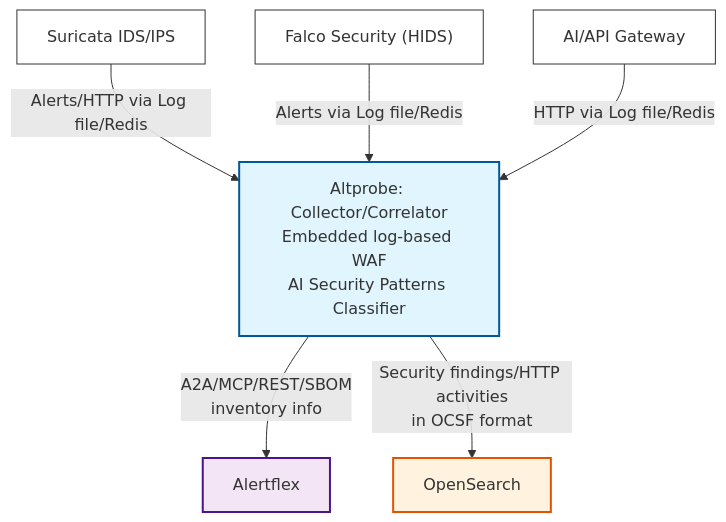
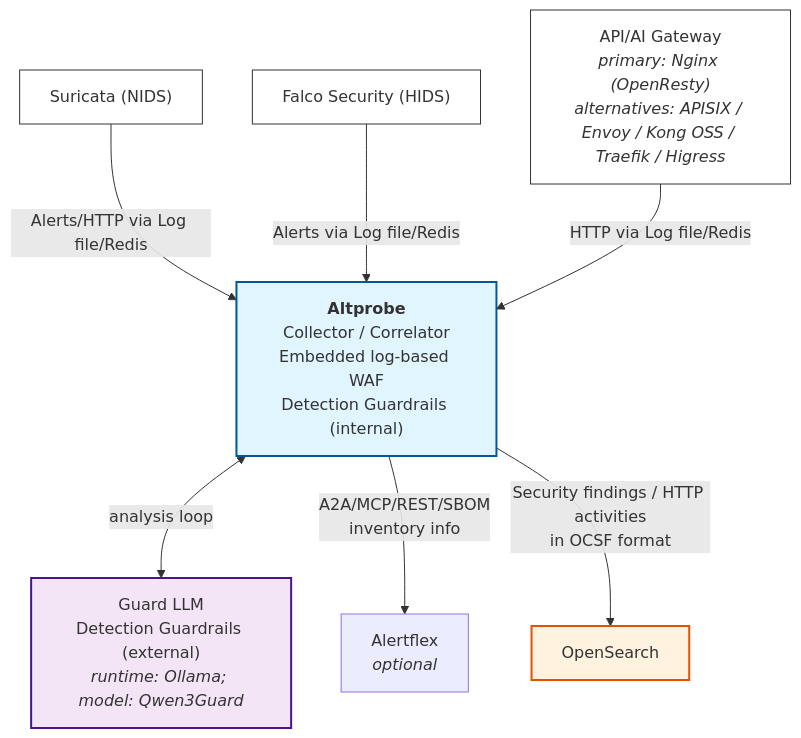
The second of 2 diagrams in README.md (olegzhr/altprobe), drawn with Mermaid before and after one commit. The commit also changed other lines of this file and 703 other files, not shown here.

````diff
--- a/README.md
+++ b/README.md
@@ -26,16 +62,32 @@
 ```mermaid
 flowchart TD
-    NIDS["Suricata IDS/IPS"] -->|Alerts/HTTP via Log file/Redis| Altprobe
-    HIDS["Falco Security (HIDS)"] -->|Alerts via Log file/Redis| Altprobe
-    Proxy["AI/API Gateway"] -->|HTTP via Log file/Redis| Altprobe
+    NIDS["Suricata (NIDS)"]
+    HIDS["Falco Security (HIDS)"]
+    Proxy["API/AI Gateway<br/><i>primary: Nginx (OpenResty)</i><br/><i>alternatives: APISIX / Envoy / Kong OSS / Traefik / Higress</i>"]
 
-    Altprobe["Altprobe: Collector/Correlator<br/>Embedded log-based WAF<br/>AI Security Patterns Classifier"] -->|A2A/MCP/REST/SBOM<br/> inventory info| Alertflex[Alertflex]
-    Altprobe -->|Security findings/HTTP activities<br/>in OCSF format| OpenSearch[OpenSearch]
+    Altprobe["<b>Altprobe</b><br/>Collector / Correlator<br/>Embedded log-based WAF<br/>Detection Guardrails (internal)"]
 
-    style NIDS fill:#ffffff,stroke:#333,stroke-width:1px
-    style HIDS fill:#ffffff,stroke:#333,stroke-width:1px
-    style Proxy fill:#ffffff,stroke:#333,stroke-width:1px
-    style Altprobe fill:#e1f5fe,stroke:#01579b,stroke-width:2px
-    style Alertflex fill:#f3e5f5,stroke:#4a148c,stroke-width:2px
-    style OpenSearch fill:#fff3e0,stroke:#e65100,stroke-width:2px
+    GLLM["Guard LLM<br/>Detection Guardrails (external)<br/><i>runtime: Ollama; model: Qwen3Guard</i>"]
+    Alertflex["Alertflex<br/><i>optional</i>"]
+    OpenSearch["OpenSearch"]
+
+    NIDS -->|Alerts/HTTP via Log file/Redis| Altprobe
+    HIDS -->|Alerts via Log file/Redis| Altprobe
+    Proxy -->|HTTP via Log file/Redis| Altprobe
+
+    Altprobe <-->|analysis loop| GLLM
+    Altprobe -->|A2A/MCP/REST/SBOM<br/>inventory info| Alertflex
+    Altprobe -->|Security findings / HTTP activities<br/>in OCSF format| OpenSearch
+
+    classDef source fill:#ffffff,stroke:#333,stroke-width:1px
+    classDef core fill:#e1f5fe,stroke:#01579b,stroke-width:2px
+    classDef downstream fill:#f3e5f5,stroke:#4a148c,stroke-width:2px
+    classDef store fill:#fff3e0,stroke:#e65100,stroke-width:2px
+    classDef optional stroke-dasharray: 5 5
+
+    class NIDS,HIDS,Proxy source
+    class Altprobe core
+    class GLLM downstream
+    class Alertflex downstream,optional
+    class OpenSearch store
 ```
````
